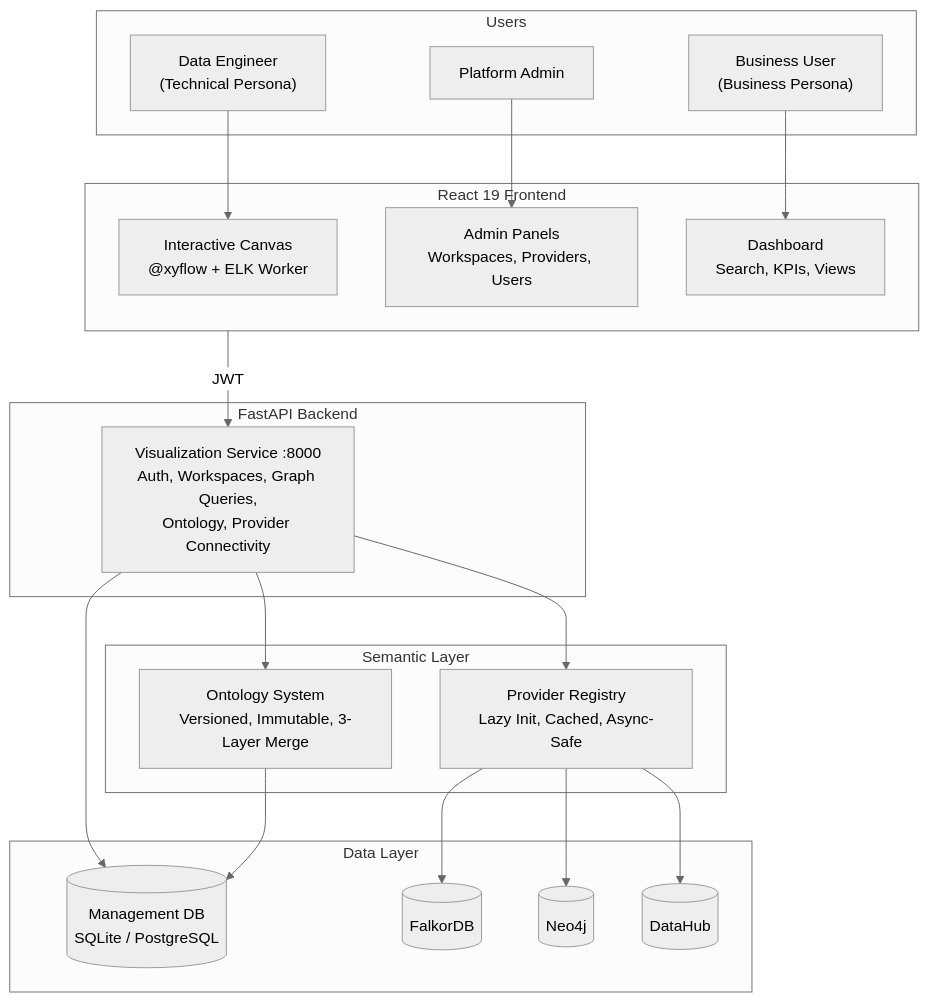
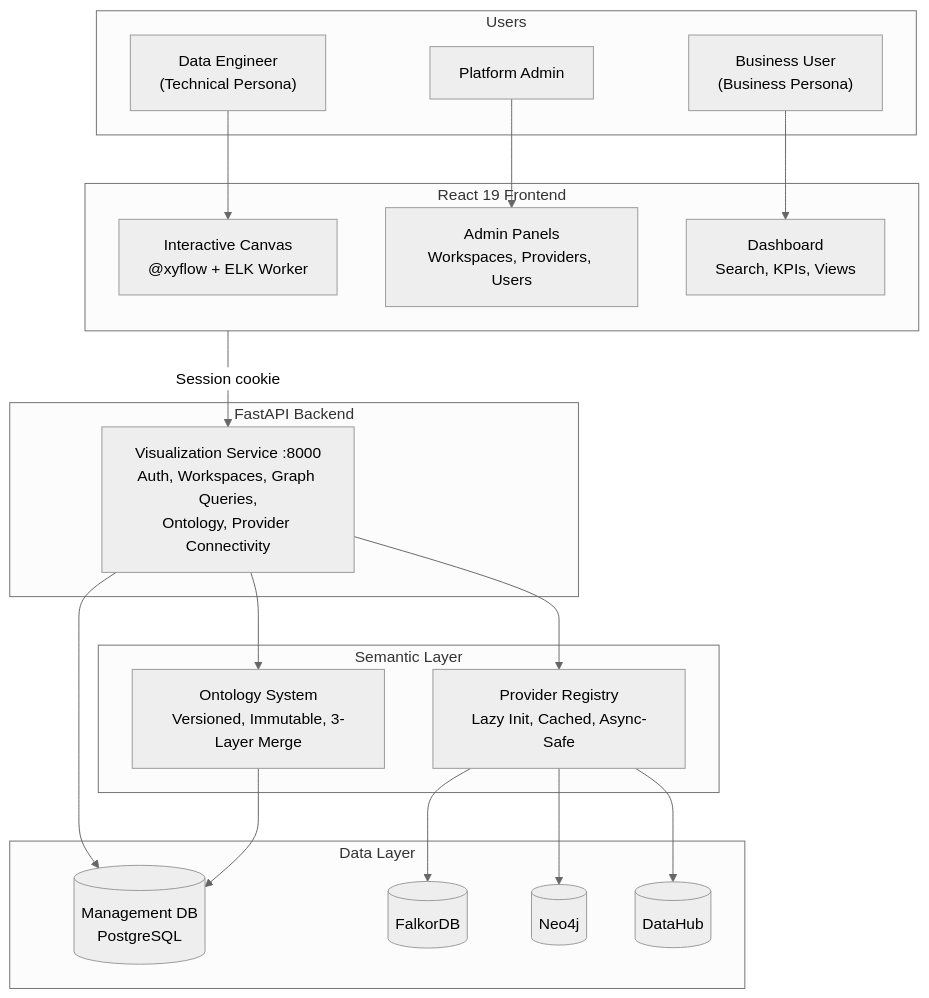
Before and after one commit to rkrumins/dataviz: the eighth of 10 diagrams in docs/OVERVIEW.md, drawn with Mermaid (neutral theme). The commit also changed other lines of this file and 33 other files, not shown here.

````diff
--- a/docs/OVERVIEW.md
+++ b/docs/OVERVIEW.md
@@ -358,46 +358,46 @@
 ```mermaid
 graph TB
     subgraph Users["Users"]
         BU["Business User<br/>(Business Persona)"]
         DE["Data Engineer<br/>(Technical Persona)"]
         PA["Platform Admin"]
     end
 
     subgraph Frontend["React 19 Frontend"]
         Canvas["Interactive Canvas<br/>@xyflow + ELK Worker"]
         Admin["Admin Panels<br/>Workspaces, Providers, Users"]
         Dashboard["Dashboard<br/>Search, KPIs, Views"]
     end
 
     subgraph Backend["FastAPI Backend"]
         VizSvc["Visualization Service :8000<br/>Auth, Workspaces, Graph Queries,<br/>Ontology, Provider Connectivity"]
     end
 
     subgraph Semantic["Semantic Layer"]
         Ontology["Ontology System<br/>Versioned, Immutable, 3-Layer Merge"]
         Registry["Provider Registry<br/>Lazy Init, Cached, Async-Safe"]
     end
 
     subgraph Data["Data Layer"]
-        MgmtDB[(Management DB<br/>SQLite / PostgreSQL)]
+        MgmtDB[(Management DB<br/>PostgreSQL)]
         FDB[(FalkorDB)]
         Neo[(Neo4j)]
         DH[(DataHub)]
     end
 
     BU --> Dashboard
     DE --> Canvas
     PA --> Admin
 
-    Frontend -->|JWT| VizSvc
+    Frontend -->|Session cookie| VizSvc
 
     VizSvc --> Ontology
     VizSvc --> Registry
 
     Registry --> FDB
     Registry --> Neo
     Registry --> DH
     Ontology --> MgmtDB
     VizSvc --> MgmtDB
 
 ```
````
